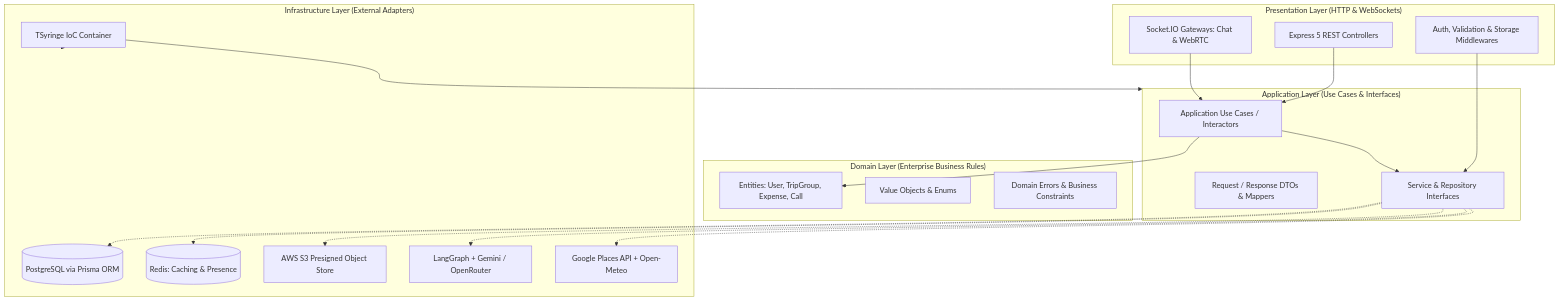
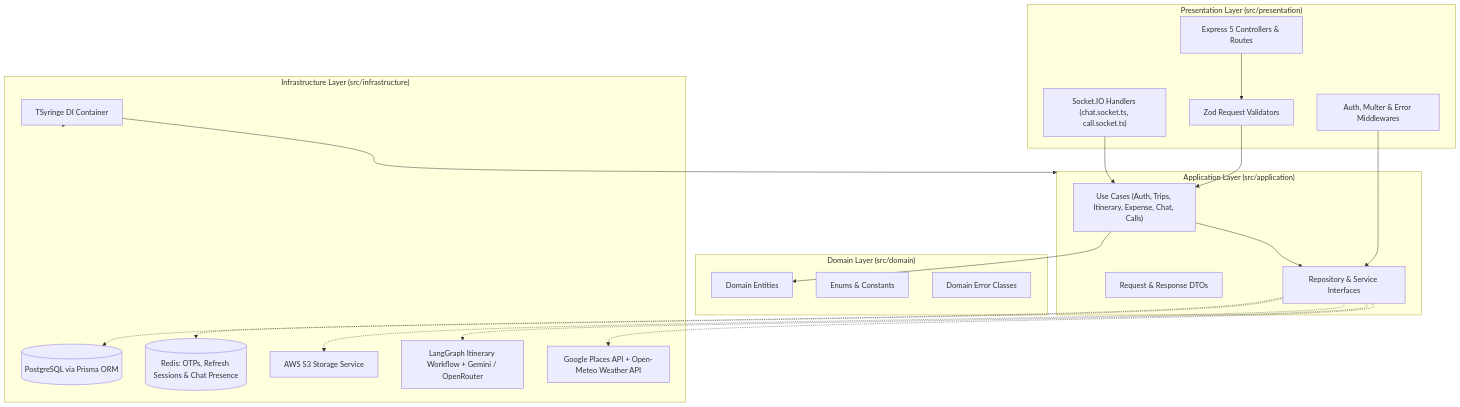
The first of 6 diagrams in README.md (Nasif284/Kafla-server), drawn with Mermaid before and after one commit. The commit also changed other lines of this file, not shown here.

````diff
--- a/README.md
+++ b/README.md
@@ -22,42 +20,43 @@
 ```mermaid
 flowchart TD
-    subgraph Presentation_Layer["Presentation Layer (HTTP & WebSockets)"]
-        EX[Express 5 REST Controllers]
-        WS[Socket.IO Gateways: Chat & WebRTC]
-        MW[Auth, Validation & Storage Middlewares]
+    subgraph Presentation_Layer["Presentation Layer (src/presentation)"]
+        EX["Express 5 Controllers & Routes"]
+        WS["Socket.IO Handlers (chat.socket.ts, call.socket.ts)"]
+        MW["Auth, Multer & Error Middlewares"]
+        VAL["Zod Request Validators"]
     end
 
-    subgraph Application_Layer["Application Layer (Use Cases & Interfaces)"]
-        UC[Application Use Cases / Interactors]
-        DTO[Request / Response DTOs & Mappers]
-        PORTS[Service & Repository Interfaces]
+    subgraph Application_Layer["Application Layer (src/application)"]
+        UC["Use Cases (Auth, Trips, Itinerary, Expense, Chat, Calls)"]
+        DTO["Request & Response DTOs"]
+        PORTS["Repository & Service Interfaces"]
     end
 
-    subgraph Domain_Layer["Domain Layer (Enterprise Business Rules)"]
-        ENT[Entities: User, TripGroup, Expense, Call]
-        VO[Value Objects & Enums]
-        ERR[Domain Errors & Business Constraints]
+    subgraph Domain_Layer["Domain Layer (src/domain)"]
+        ENT["Domain Entities"]
+        ENUMS["Enums & Constants"]
+        ERR["Domain Error Classes"]
     end
 
-    subgraph Infrastructure_Layer["Infrastructure Layer (External Adapters)"]
-        DB[(PostgreSQL via Prisma ORM)]
-        CACHE[(Redis: Caching & Presence)]
-        S3[AWS S3 Presigned Object Store]
-        AI[LangGraph + Gemini / OpenRouter]
-        GEO[Google Places API + Open-Meteo]
-        DI[TSyringe IoC Container]
+    subgraph Infrastructure_Layer["Infrastructure Layer (src/infrastructure)"]
+        DB[("PostgreSQL via Prisma ORM")]
+        REDIS[("Redis: OTPs, Refresh Sessions & Chat Presence")]
+        S3["AWS S3 Storage Service"]
+        AI["LangGraph Itinerary Workflow + Gemini / OpenRouter"]
+        EXTERNAL["Google Places API + Open-Meteo Weather API"]
+        DI["TSyringe DI Container"]
     end
 
-    EX --> UC
+    EX --> VAL --> UC
     WS --> UC
     MW --> PORTS
     UC --> ENT
     UC --> PORTS
     PORTS -.-> DB
-    PORTS -.-> CACHE
+    PORTS -.-> REDIS
     PORTS -.-> S3
     PORTS -.-> AI
-    PORTS -.-> GEO
+    PORTS -.-> EXTERNAL
     DI --> Application_Layer
     DI --> Infrastructure_Layer
 ```
````
